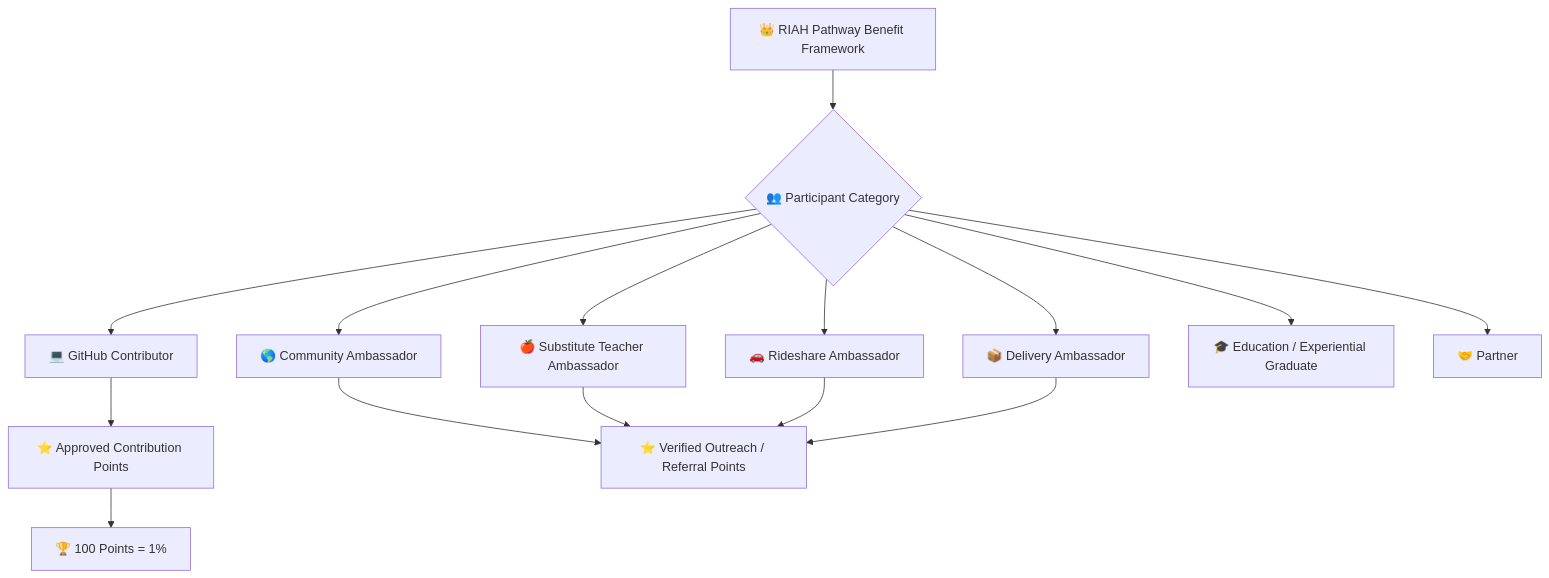
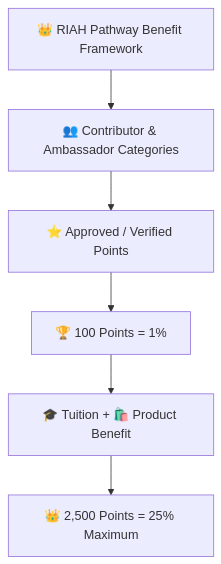
Before and after one commit to RIAHPathway/Website: the second of 4 diagrams in Contributor-Benefits/README.md, drawn with Mermaid. The commit also changed other lines of this file, not shown here.

Commit message:
Simplify Mermaid diagrams to high-level visual flows

````diff
--- a/Contributor-Benefits/README.md
+++ b/Contributor-Benefits/README.md
@@ -111,17 +111,8 @@
 ```mermaid
 flowchart TB
-A["👑 RIAH Pathway Benefit Framework"] --> B{"👥 Participant Category"}
-B --> C["💻 GitHub Contributor"]
-B --> D["🌎 Community Ambassador"]
-B --> E["🍎 Substitute Teacher Ambassador"]
-B --> F["🚗 Rideshare Ambassador"]
-B --> G["📦 Delivery Ambassador"]
-B --> H["🎓 Education / Experiential Graduate"]
-B --> I["🤝 Partner"]
-C --> J["⭐ Approved Contribution Points"]
-D --> K["⭐ Verified Outreach / Referral Points"]
-E --> K
-F --> K
-G --> K
-J --> L["🏆 100 Points = 1%"]
+A["👑 RIAH Pathway Benefit Framework"] --> B["👥 Contributor & Ambassador Categories"]
+B --> C["⭐ Approved / Verified Points"]
+C --> D["🏆 100 Points = 1%"]
+D --> E["🎓 Tuition + 🛍️ Product Benefit"]
+E --> F["👑 2,500 Points = 25% Maximum"]
 ```
````
